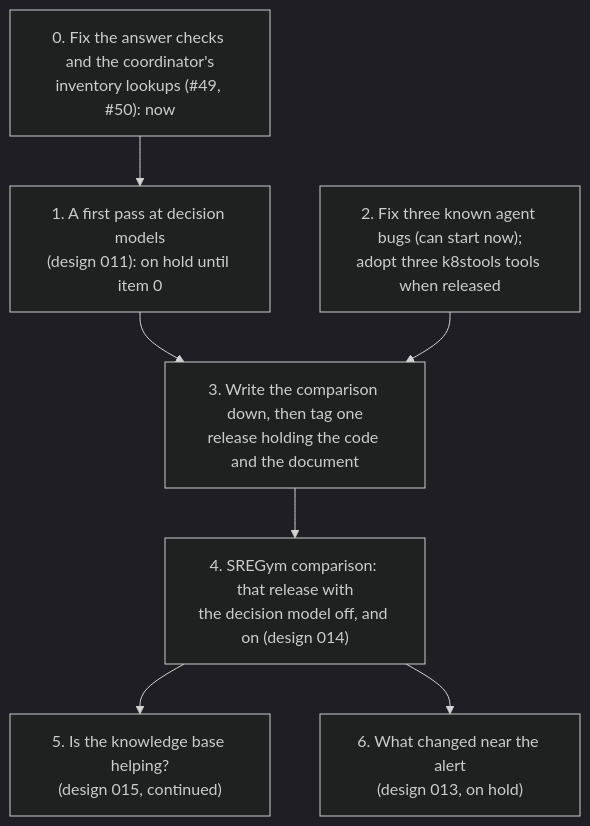
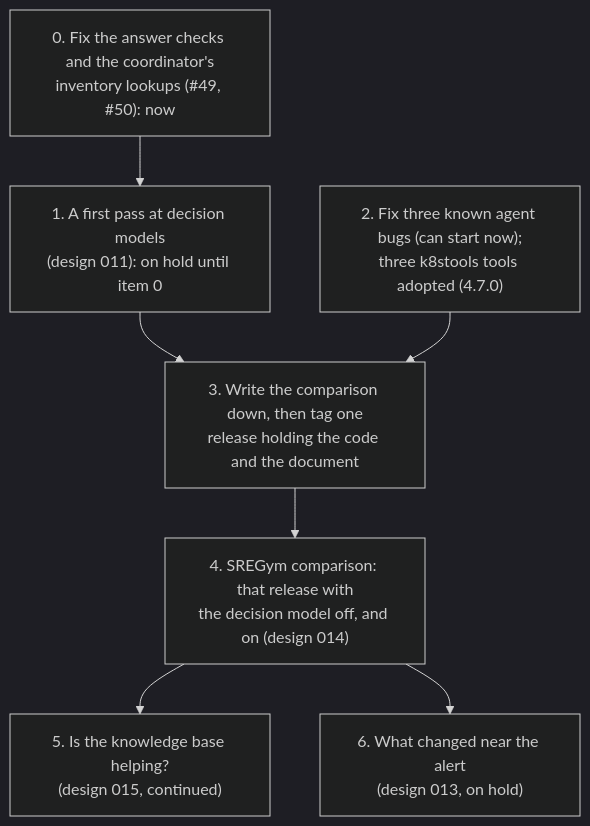
Before and after one commit to BenedatLLC/k8srca: the diagram in docs/todo.md, drawn with Mermaid (dark theme). The commit also changed other lines of this file and 15 other files, not shown here.

First line of the commit message:
Adopt k8stools 4.7.0, with facts for rollout strategy, Service routing and admission webhooks

````diff
--- a/docs/todo.md
+++ b/docs/todo.md
@@ -67,16 +67,16 @@
 ```mermaid
 flowchart TD
   Z["0. Fix the answer checks and the coordinator's<br/>inventory lookups (#49, #50): now"]
   J["1. A first pass at decision models<br/>(design 011): on hold until item 0"]
-  F["2. Fix three known agent bugs (can start now);<br/>adopt three k8stools tools when released"]
+  F["2. Fix three known agent bugs (can start now);<br/>three k8stools tools adopted (4.7.0)"]
   T["3. Write the comparison down, then tag one<br/>release holding the code and the document"]
   S["4. SREGym comparison: that release with<br/>the decision model off, and on (design 014)"]
   K["5. Is the knowledge base helping?<br/>(design 015, continued)"]
   W["6. What changed near the alert<br/>(design 013, on hold)"]
   Z --> J
   J --> T
   F --> T
   T --> S
   S --> K
   S --> W
 ```
````
